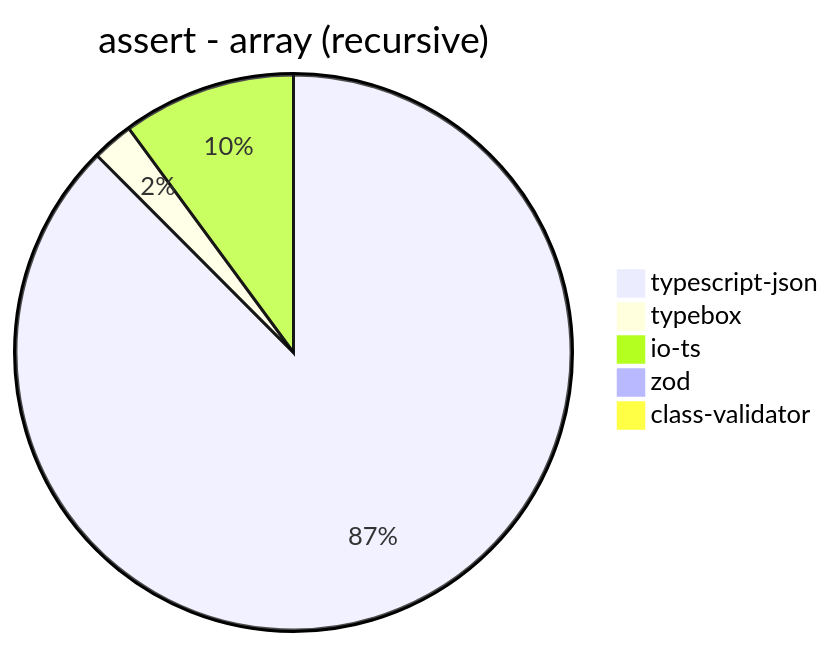
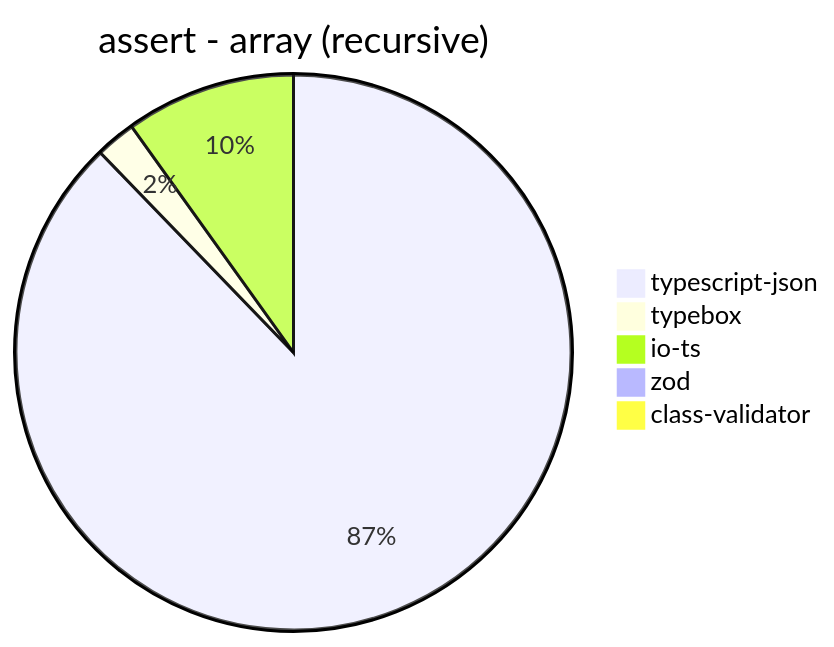
One commit to samchon/typia changed diagram 13 of 38 in benchmark/results/AMD Ryzen 7 5800H with Radeon Graphics.md. Above: the diagram before and after it, drawn with Mermaid. The commit also changed other lines of this file and 189 other files, not shown here.

````diff
--- a/benchmark/results/AMD Ryzen 7 5800H with Radeon Graphics.md
+++ b/benchmark/results/AMD Ryzen 7 5800H with Radeon Graphics.md
@@ -166,8 +166,8 @@
 ```mermaid
 pie title assert - array (recursive)
-  "typescript-json": 1492.7889117812324
-  "typebox": 40.7709414381023
-  "io-ts": 172.08697268165767
-  "zod": 8.846226237530585
-  "class-validator": 3.2021096251648142
+  "typescript-json": 1519.6408529741864
+  "typebox": 40.376106194690266
+  "io-ts": 171.36020614761642
+  "zod": 9.108159392789375
+  "class-validator": 3.2172596517789556
 ```
````
